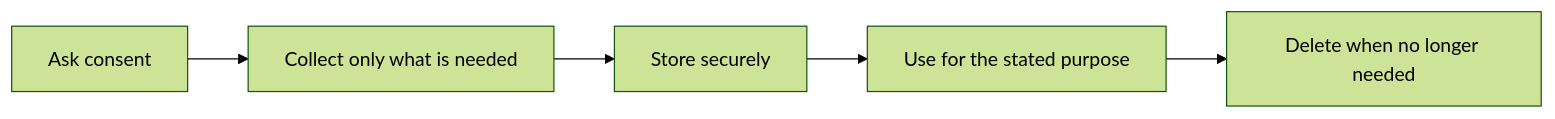
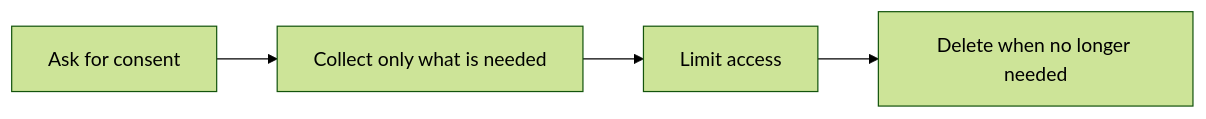
One commit to somastllc/data-analysis changed the diagram in 04-data-ethics-and-privacy/02-privacy-consent-and-security.md. Above: the diagram before and after it, drawn with Mermaid (forest theme). The commit also changed other lines of this file and 19 other files, not shown here.

````diff
--- a/04-data-ethics-and-privacy/02-privacy-consent-and-security.md
+++ b/04-data-ethics-and-privacy/02-privacy-consent-and-security.md
@@ -29,7 +31,6 @@
 ```mermaid
 flowchart LR
-    consentNode["Ask consent"] --> collectNode["Collect only what is needed"]
-    collectNode --> storeNode["Store securely"]
-    storeNode --> useNode["Use for the stated purpose"]
-    useNode --> deleteNode["Delete when no longer needed"]
+    consentNode["Ask for consent"] --> collectNode["Collect only what is needed"]
+    collectNode --> accessNode["Limit access"]
+    accessNode --> deleteNode["Delete when no longer needed"]
 ```
````
